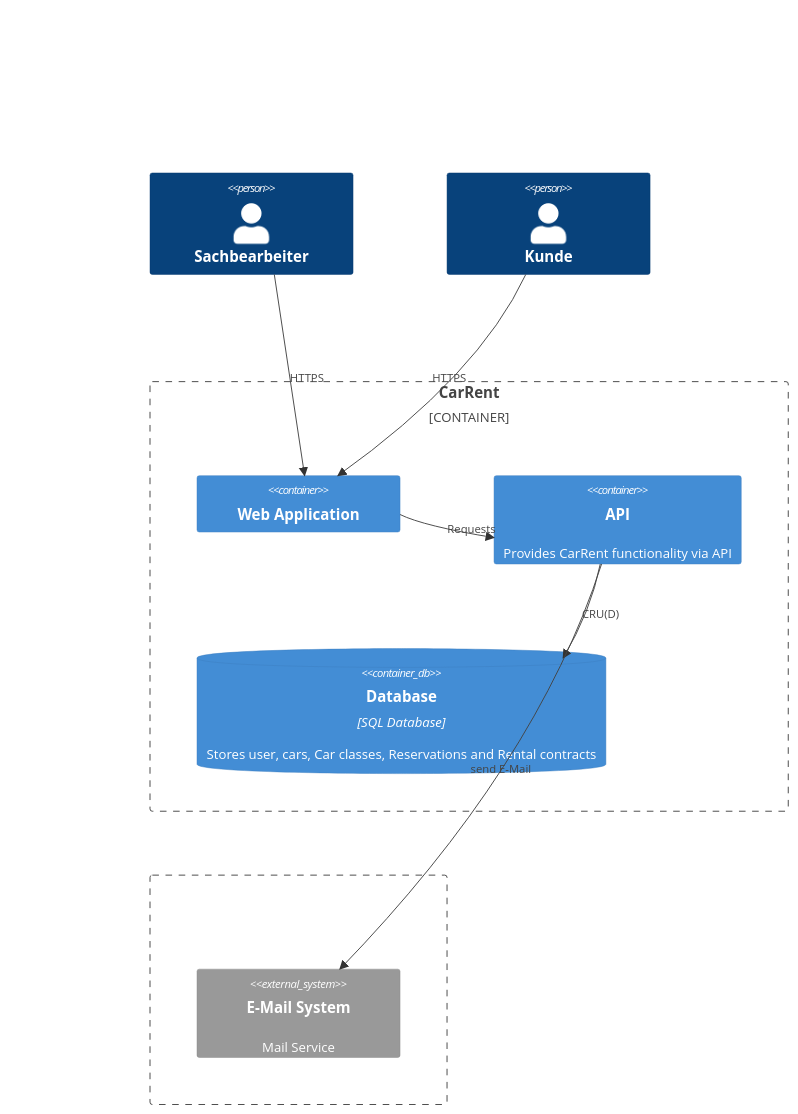
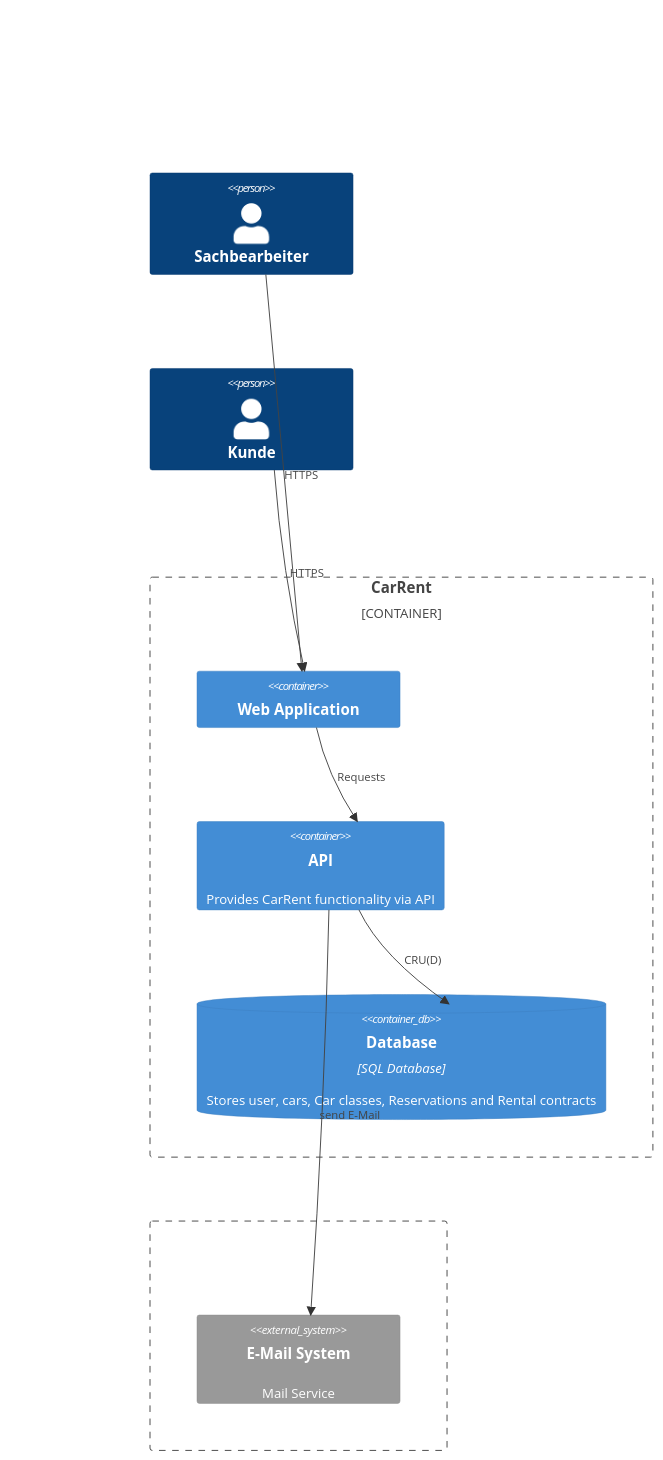
One commit to tsolenthaler/zbw-sad-carrent2124 changed the second of 2 diagrams in README.md. Above: the diagram before and after it, drawn with Mermaid.

````diff
--- a/README.md
+++ b/README.md
@@ -27,23 +27,23 @@
 ```mermaid
 C4Container
     Person(Sachbearbeiter, "Sachbearbeiter")
     Person(Kunde, "Kunde")
 
     Container_Boundary(CarRent, "CarRent", "") {
         Container(webapp, "Web Application", "", "")
         Container(api, "API", "", "Provides CarRent functionality via API")
         ContainerDb(database, "Database", "SQL Database", "Stores user, cars, Car classes, Reservations and Rental contracts")
     }
 
     Boundary(b2, "", "") {
         System_Ext(MailSystem, "E-Mail System", "Mail Service")
     }
 
     Rel(Sachbearbeiter, webapp, "HTTPS")
     Rel(Kunde, webapp, "HTTPS")
     Rel(webapp, api, "Requests")
     Rel(api, database, "CRU(D)")
     Rel(api, MailSystem, "send E-Mail")
 
-    UpdateLayoutConfig($c4ShapeInRow="3", $c4BoundaryInRow="1")
+    UpdateLayoutConfig($c4ShapeInRow="1", $c4BoundaryInRow="1")
 ```
````
